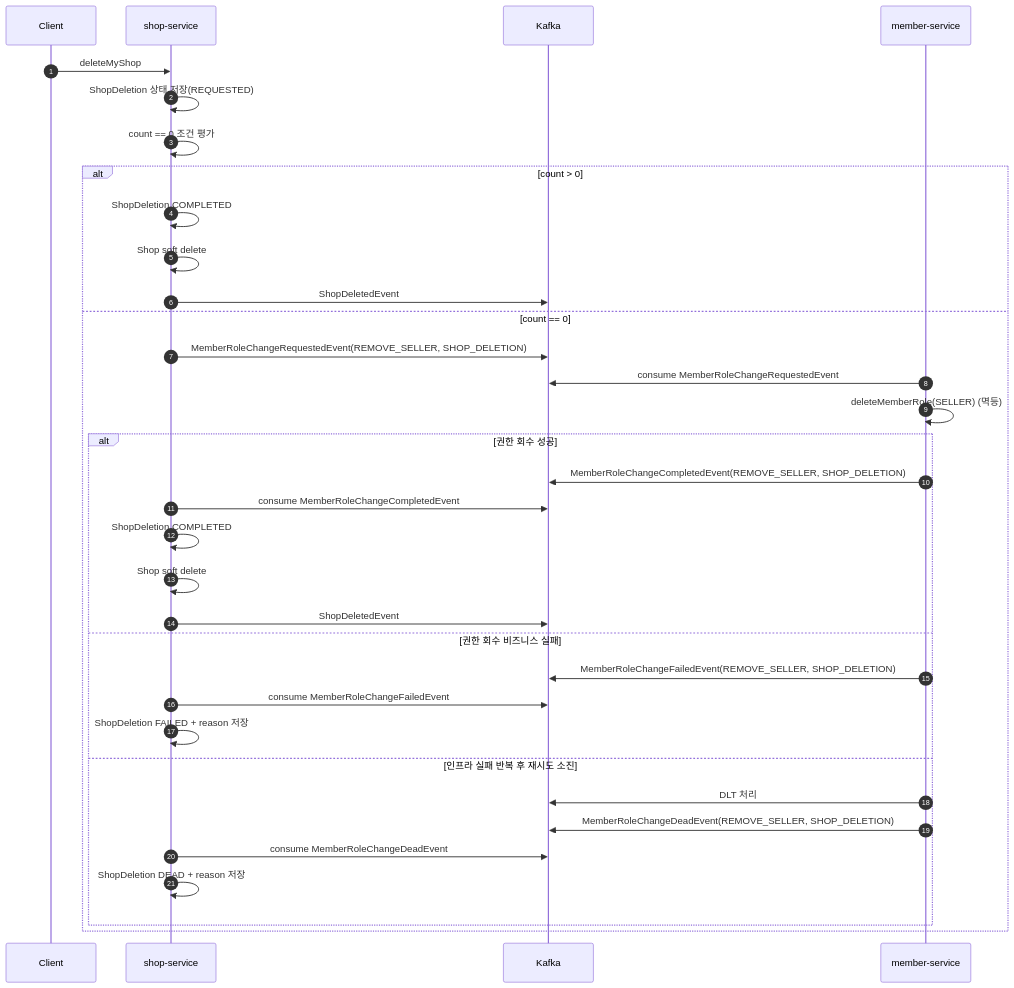
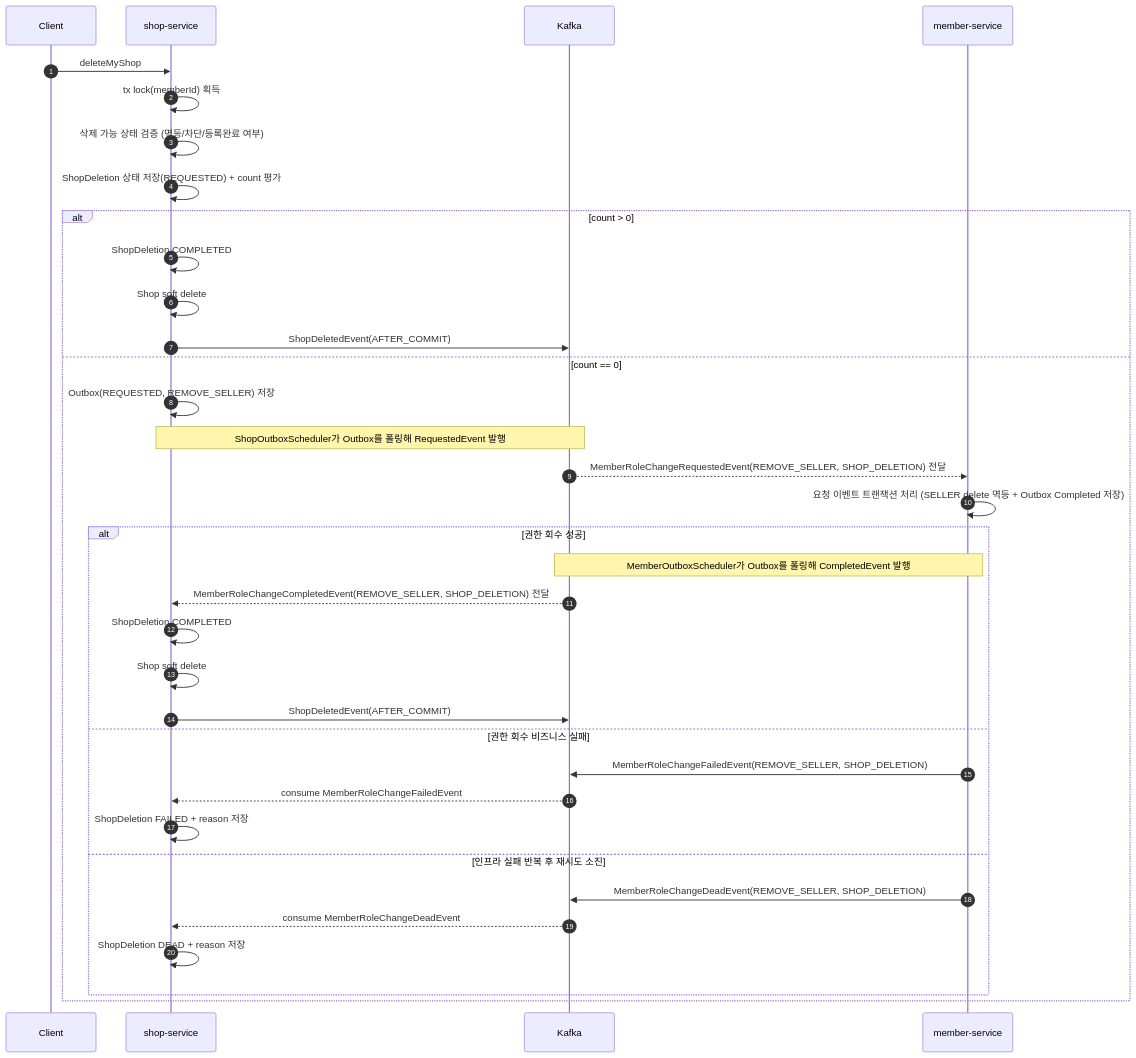
Before and after one commit to 95twan/myroutine: the diagram in shop-service/docs/shop_delete_saga_design.md, drawn with Mermaid. The commit also changed 2 other files, not shown here.

Commit message:
docs: 시퀀스 다이어그램 추가

````diff
--- a/shop-service/docs/shop_delete_saga_design.md
+++ b/shop-service/docs/shop_delete_saga_design.md
@@ -162,37 +162,38 @@
 ```mermaid
 sequenceDiagram
     autonumber
     participant C as Client
     participant S as shop-service
     participant K as Kafka
     participant M as member-service
 
     C->>S: deleteMyShop
-    S->>S: ShopDeletion 상태 저장(REQUESTED)
-    S->>S: count == 0 조건 평가
+    S->>S: tx lock(memberId) 획득
+    S->>S: 삭제 가능 상태 검증 (멱등/차단/등록완료 여부)
+    S->>S: ShopDeletion 상태 저장(REQUESTED) + count 평가
     alt count > 0
         S->>S: ShopDeletion COMPLETED
         S->>S: Shop soft delete
-        S->>K: ShopDeletedEvent
+        S->>K: ShopDeletedEvent(AFTER_COMMIT)
     else count == 0
-        S->>K: MemberRoleChangeRequestedEvent(REMOVE_SELLER, SHOP_DELETION)
-        M->>K: consume MemberRoleChangeRequestedEvent
-        M->>M: deleteMemberRole(SELLER) (멱등)
+        S->>S: Outbox(REQUESTED, REMOVE_SELLER) 저장
+        Note over S,K: ShopOutboxScheduler가 Outbox를 폴링해 RequestedEvent 발행
+        K-->>M: MemberRoleChangeRequestedEvent(REMOVE_SELLER, SHOP_DELETION) 전달
+        M->>M: 요청 이벤트 트랜잭션 처리 (SELLER delete 멱등 + Outbox Completed 저장)
         alt 권한 회수 성공
-            M->>K: MemberRoleChangeCompletedEvent(REMOVE_SELLER, SHOP_DELETION)
-            S->>K: consume MemberRoleChangeCompletedEvent
+            Note over M,K: MemberOutboxScheduler가 Outbox를 폴링해 CompletedEvent 발행
+            K-->>S: MemberRoleChangeCompletedEvent(REMOVE_SELLER, SHOP_DELETION) 전달
             S->>S: ShopDeletion COMPLETED
             S->>S: Shop soft delete
-            S->>K: ShopDeletedEvent
+            S->>K: ShopDeletedEvent(AFTER_COMMIT)
         else 권한 회수 비즈니스 실패
             M->>K: MemberRoleChangeFailedEvent(REMOVE_SELLER, SHOP_DELETION)
-            S->>K: consume MemberRoleChangeFailedEvent
+            K-->>S: consume MemberRoleChangeFailedEvent
             S->>S: ShopDeletion FAILED + reason 저장
         else 인프라 실패 반복 후 재시도 소진
-            M->>K: DLT 처리
             M->>K: MemberRoleChangeDeadEvent(REMOVE_SELLER, SHOP_DELETION)
-            S->>K: consume MemberRoleChangeDeadEvent
+            K-->>S: consume MemberRoleChangeDeadEvent
             S->>S: ShopDeletion DEAD + reason 저장
         end
     end
 ```
````
